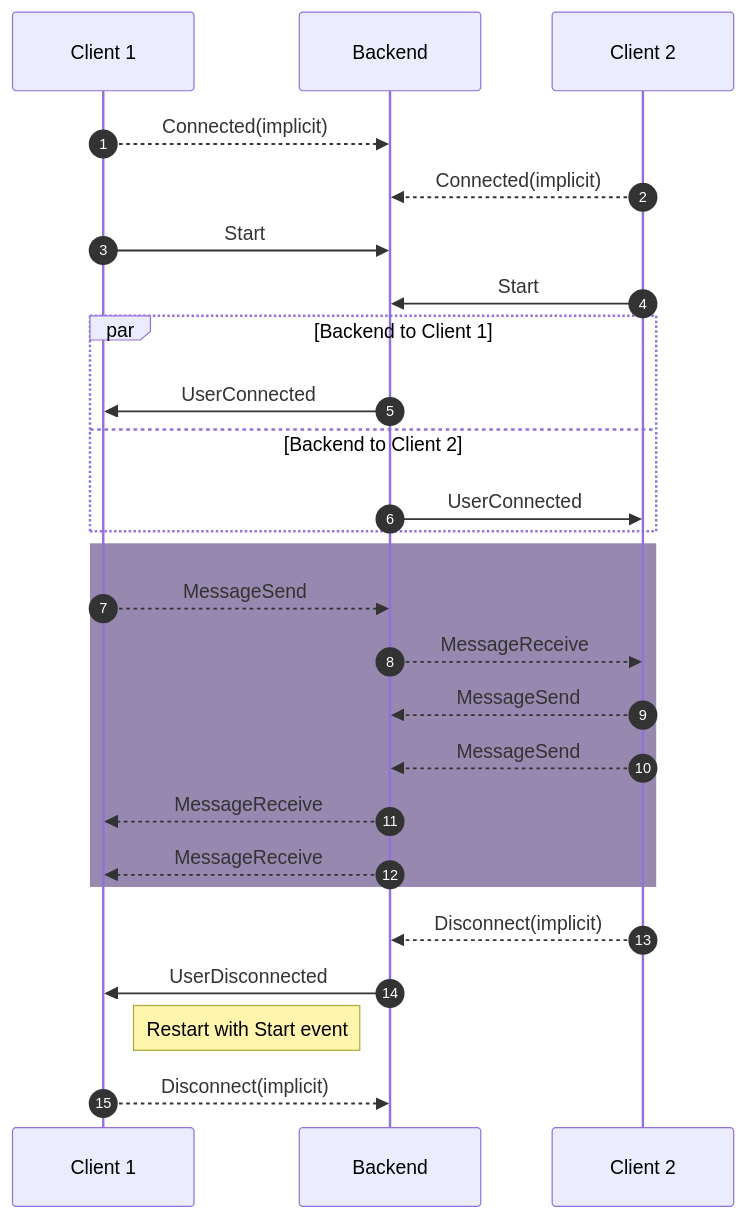
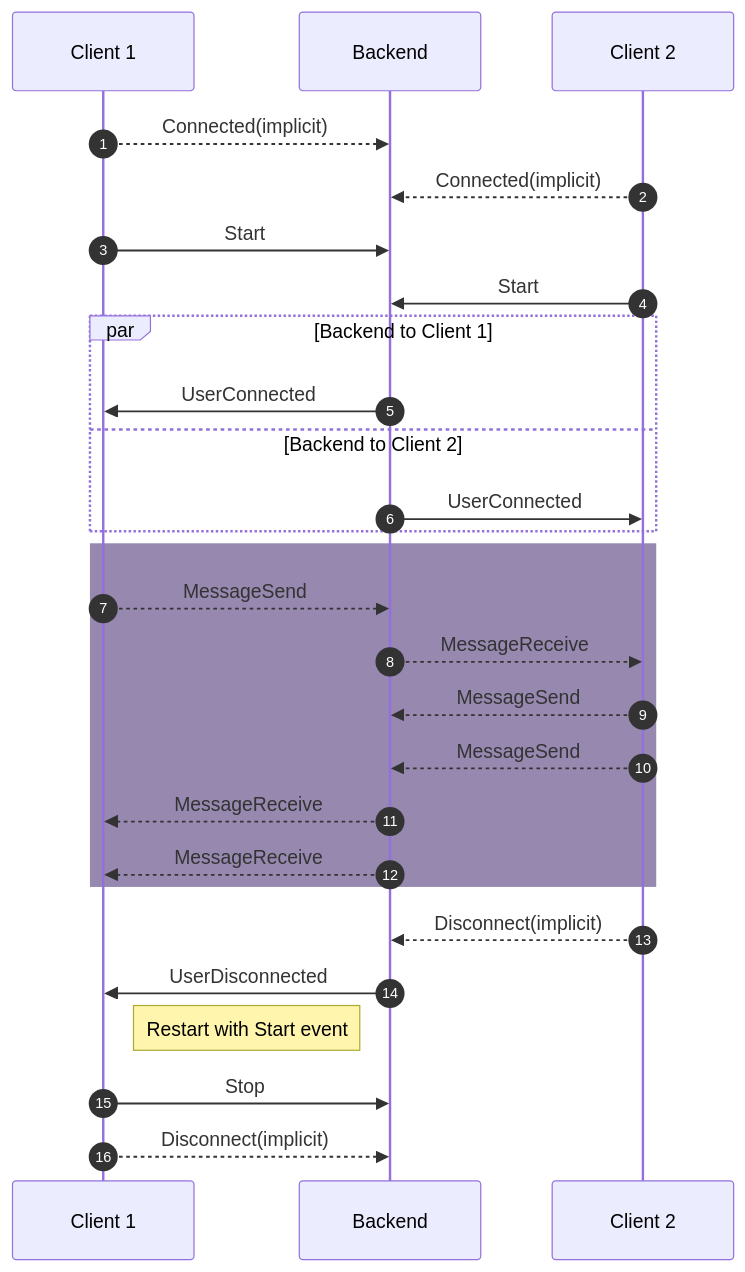
Before and after one commit to Hungerarray/signalR-omagol: the first of 2 diagrams in Docs/omagol.md, drawn with Mermaid. The commit also changed other lines of this file, not shown here.

````diff
--- a/Docs/omagol.md
+++ b/Docs/omagol.md
@@ -5,28 +5,29 @@
 ```mermaid
 sequenceDiagram
   autonumber
   participant c1 as Client 1
   participant b as Backend
   participant c2 as Client 2
   c1 -->> b : Connected(implicit)
   c2 -->> b : Connected(implicit)
   c1 ->> b : Start 
   c2 ->> b : Start
   par Backend to Client 1
     b ->> c1 : UserConnected
   and Backend to Client 2
     b ->> c2 : UserConnected
   end
   rect rgb(49, 18, 98, 0.5)
     c1 -->> b : MessageSend
     b -->> c2 : MessageReceive 
     c2 -->> b : MessageSend
     c2 -->> b : MessageSend
     b -->> c1 : MessageReceive 
     b -->> c1 : MessageReceive 
   end
   c2 -->> b : Disconnect(implicit)
   b ->> c1 : UserDisconnected
   Note right of c1 : Restart with Start event
+  c1 ->> b : Stop
   c1 -->> b : Disconnect(implicit)
 ```
````
